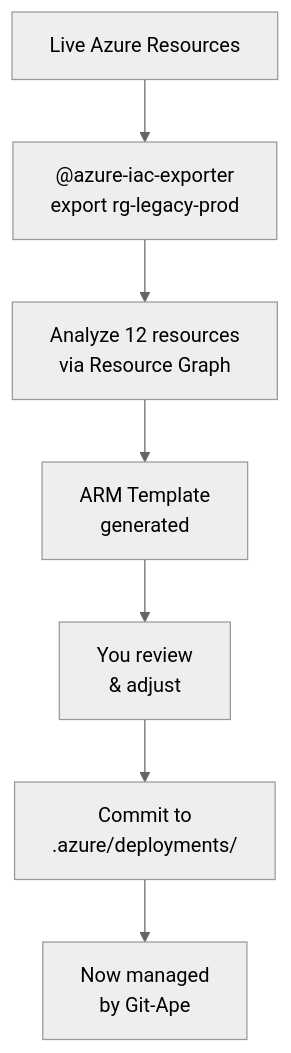
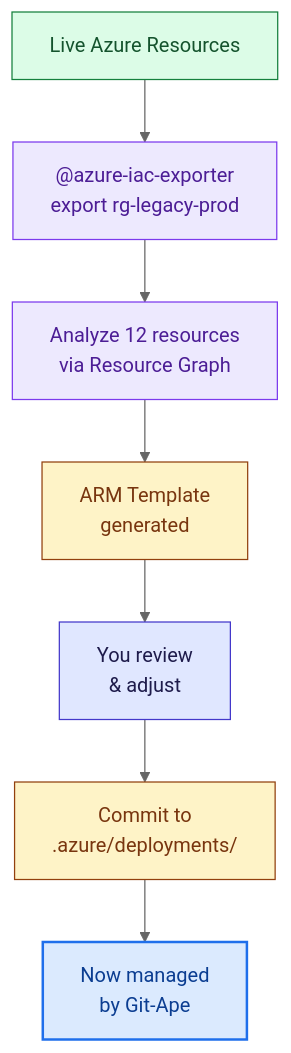
Before and after one commit to Azure/git-ape: the diagram in website/docs/use-cases/import-existing-infra.md, drawn with Mermaid (neutral theme). The commit also changed 48 other files, not shown here.

First line of the commit message:
docs(website): manifesto-aligned rewrite, deploy-anything, mermaid zoom + colors

````diff
--- a/website/docs/use-cases/import-existing-infra.md
+++ b/website/docs/use-cases/import-existing-infra.md
@@ -15,9 +15,20 @@
 ```mermaid
 graph TD
     LIVE["Live Azure Resources"] --> EXPORT["@azure-iac-exporter<br/>export rg-legacy-prod"]
     EXPORT --> ANALYZE["Analyze 12 resources<br/>via Resource Graph"]
     ANALYZE --> TEMPLATE["ARM Template<br/>generated"]
     TEMPLATE --> REVIEW["You review<br/>& adjust"]
     REVIEW --> COMMIT["Commit to<br/>.azure/deployments/"]
     COMMIT --> MANAGED["Now managed<br/>by Git-Ape"]
+
+    classDef azure fill:#dcfce7,stroke:#15803d,stroke-width:1px,color:#14532d
+    classDef agent fill:#ede9fe,stroke:#7c3aed,stroke-width:1px,color:#4c1d95
+    classDef artifact fill:#fef3c7,stroke:#92400e,stroke-width:1px,color:#78350f
+    classDef user fill:#e0e7ff,stroke:#4338ca,stroke-width:1px,color:#1e1b4b
+    classDef done fill:#dbeafe,stroke:#1f6feb,stroke-width:2px,color:#0b3d91
+    class LIVE azure
+    class EXPORT,ANALYZE agent
+    class TEMPLATE,COMMIT artifact
+    class REVIEW user
+    class MANAGED done
 ```
````
